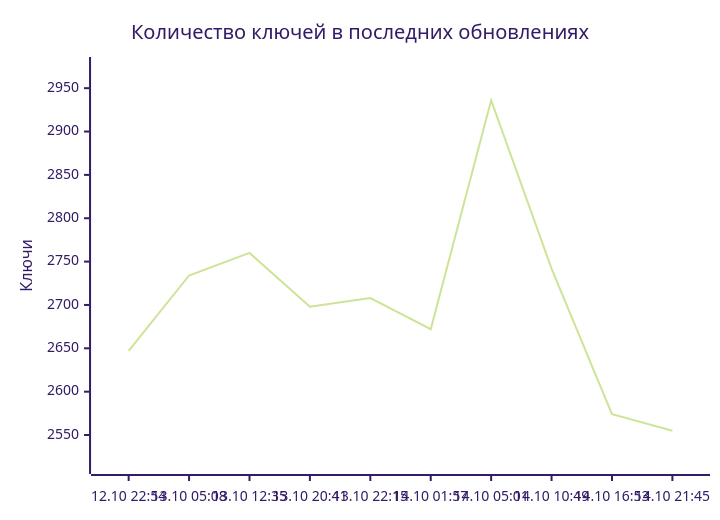
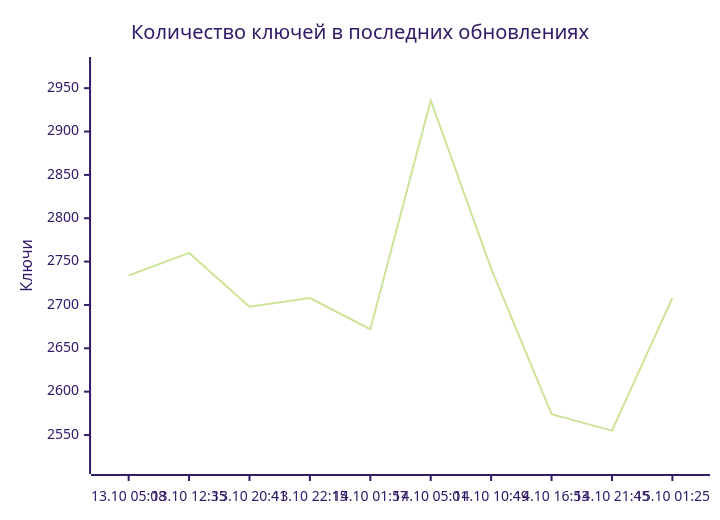
The diagram in README.md (markKikhtenko/WireVeil), drawn with Mermaid (forest theme) before and after one commit. The commit also changed other lines of this file and 12 other files, not shown here.

````diff
--- a/README.md
+++ b/README.md
@@ -55,7 +55,7 @@
 ```mermaid
 xychart-beta
     title "Количество ключей в последних обновлениях"
-    x-axis ["12.10 22:54", "13.10 05:08", "13.10 12:35", "13.10 20:41", "13.10 22:15", "14.10 01:57", "14.10 05:01", "14.10 10:49", "14.10 16:53", "14.10 21:45"]
+    x-axis ["13.10 05:08", "13.10 12:35", "13.10 20:41", "13.10 22:15", "14.10 01:57", "14.10 05:01", "14.10 10:49", "14.10 16:53", "14.10 21:45", "15.10 01:25"]
     y-axis "Ключи" 2516 --> 2975
-    line [2647, 2734, 2760, 2698, 2708, 2672, 2936, 2742, 2574, 2555]
+    line [2734, 2760, 2698, 2708, 2672, 2936, 2742, 2574, 2555, 2708]
 ```
````
